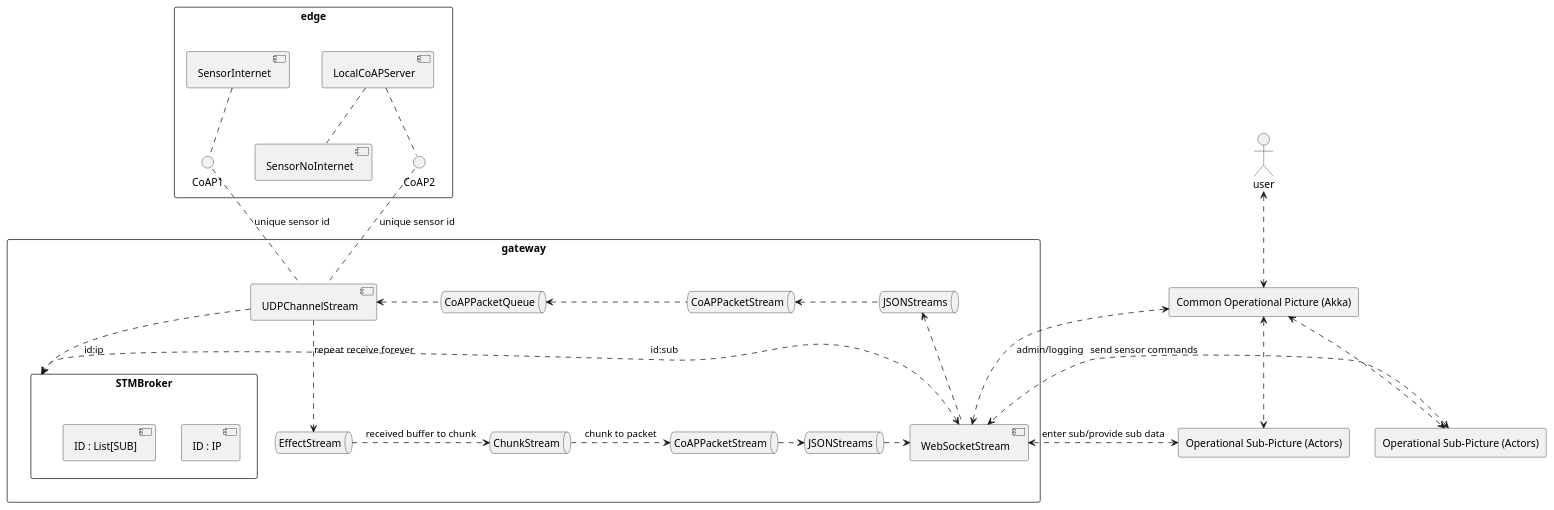
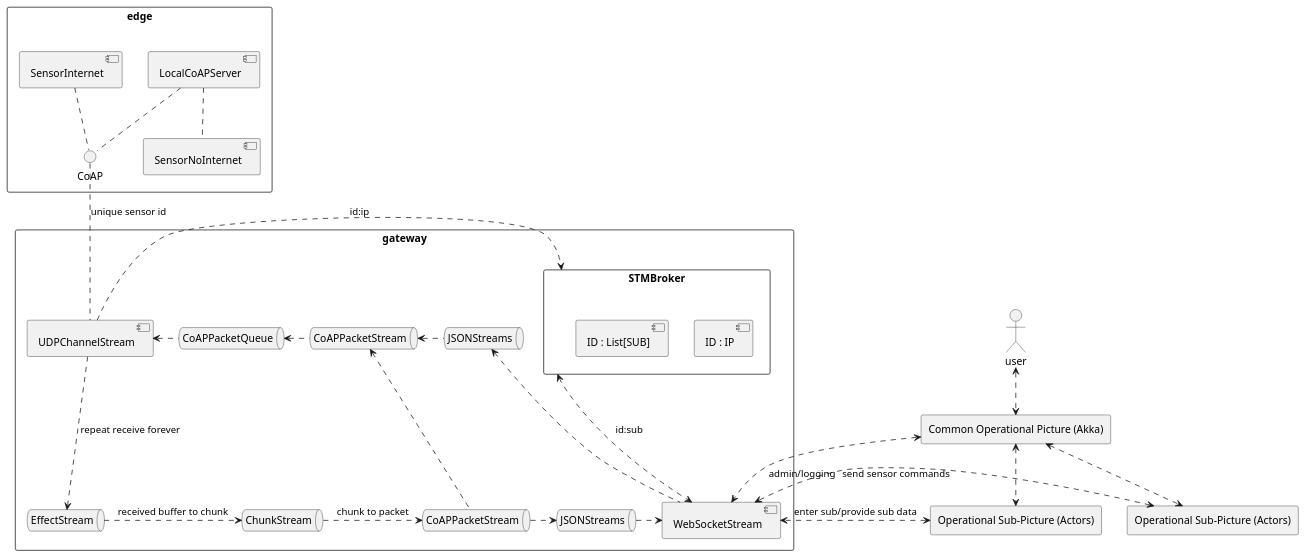
One commit to 45375dfhg/ZBroker-CoAP changed the diagram in docs/diagrams/src/system.puml. Above: the diagram before and after it, drawn with PlantUML. The commit also changed 2 other files, not shown here.

```diff
--- a/docs/diagrams/src/system.puml
+++ b/docs/diagrams/src/system.puml
@@ -1,65 +1,65 @@
 @startuml system
 
 rectangle edge {
     component LocalCoAPServer
     component SensorNoInternet
     component SensorInternet
-    interface CoAP1
-    interface CoAP2
+    interface CoAP
 } 
 
 rectangle gateway {
     rectangle STMBroker {
         component "ID : IP"
         component "ID : List[SUB]"
     }
     component UDPChannelStream 
     queue     EffectStream
     queue     ChunkStream
     queue     CoAPPacketStream as CPS1
     queue     JSONStreams as JS1
 
     queue     JSONStreams as JS2
     queue     CoAPPacketStream as CPS2
     queue     CoAPPacketQueue
 
     component WebSocketStream
 } 
 
 
 rectangle "Common Operational Picture (Akka)" as COP
 rectangle "Operational Sub-Picture (Actors)" as OSP1
 rectangle "Operational Sub-Picture (Actors)" as OSP2
 
 actor user
 
-CoAP1 .. UDPChannelStream : unique sensor id
-CoAP2 .. UDPChannelStream : unique sensor id
+LocalCoAPServer .. SensorNoInternet
+SensorInternet  .. CoAP
+LocalCoAPServer .. CoAP
 
-LocalCoAPServer .. SensorNoInternet
-SensorInternet  .. CoAP1
-LocalCoAPServer .. CoAP2
+CoAP .. UDPChannelStream : unique sensor id
 
-UDPChannelStream .down.>   EffectStream : repeat receive forever
-EffectStream     .right.>  ChunkStream : received buffer to chunk
-ChunkStream      .right.>  CPS1 : chunk to packet
-CPS1             .right.>  JS1
-JS1              .right.>  WebSocketStream
+UDPChannelStream .down..>   EffectStream : repeat receive forever
+EffectStream     .right..>  ChunkStream : received buffer to chunk
+ChunkStream      .right..>  CPS1 : chunk to packet
+CPS1             .right..>  JS1
+JS1              .right..>  WebSocketStream
 
 WebSocketStream  .up.>     JS2
 JS2              .left.>   CPS2
 CPS2             .left.>   CoAPPacketQueue
 CoAPPacketQueue  .left.>   UDPChannelStream
 
-STMBroker        <.left.> WebSocketStream : id:sub
-UDPChannelStream .right.>   STMBroker : id:ip
+CPS1             .up..>     CPS2
+
+WebSocketStream <.up..>   STMBroker           : id:sub
+UDPChannelStream .right..>  STMBroker : id:ip
 
 OSP1 <.> WebSocketStream : enter sub/provide sub data
 OSP2 <.> WebSocketStream : send sensor commands
 
 user <..> COP
 COP  <..> WebSocketStream : admin/logging
 COP  <..> OSP1
 COP  <..> OSP2
 
 @enduml
```
